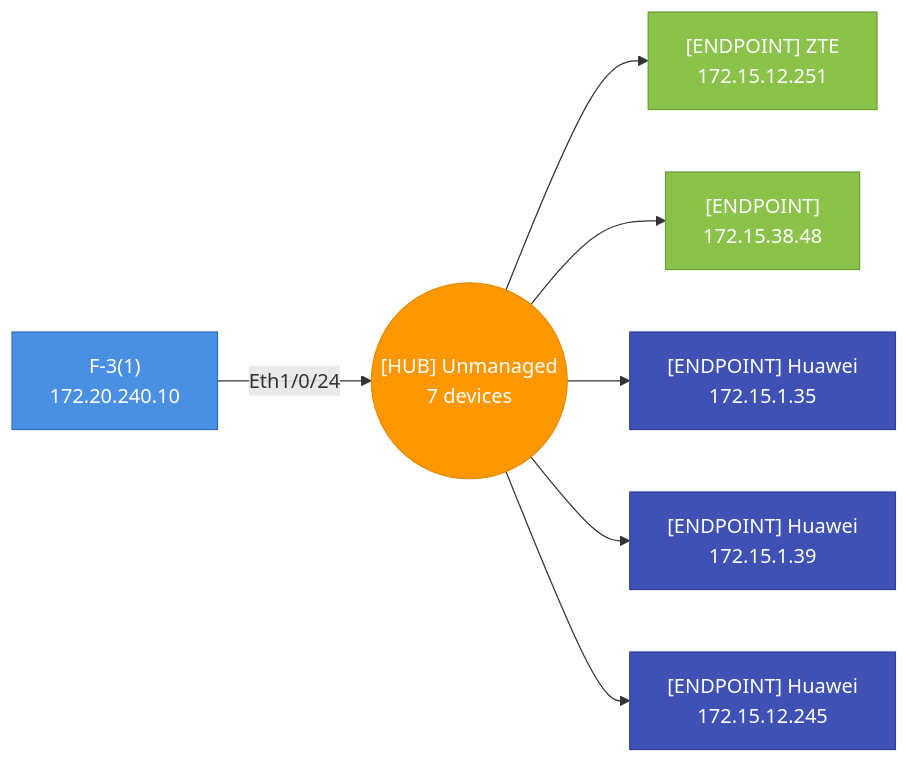
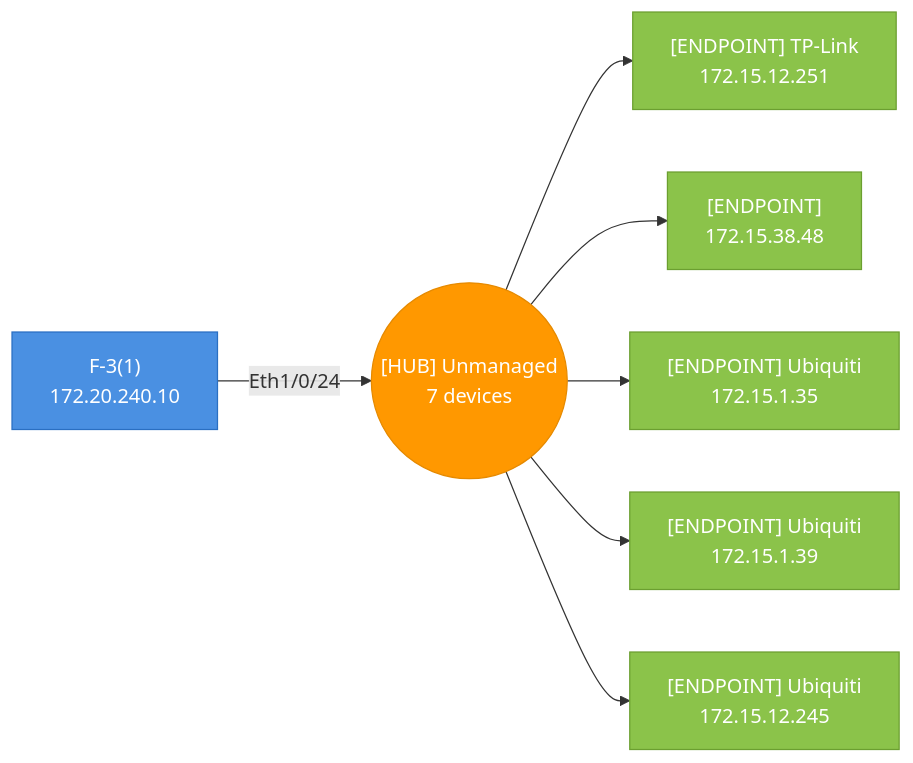
One commit to djamic/LLDP-Skanner-Go changed diagram 26 of 38 in testdata/golden/audit_default.md. Above: the diagram before and after it, drawn with Mermaid. The commit also changed other lines of this file and 11 other files, not shown here.

````diff
--- a/testdata/golden/audit_default.md
+++ b/testdata/golden/audit_default.md
@@ -1944,23 +1884,23 @@
 ```mermaid
 graph LR
   hub_f8f0827cf958_p24(("[HUB] Unmanaged<br>7 devices"))
   f8f0827cf958["F-3(1)<br>172.20.240.10"]
   f8f0827cf958-- "Eth1/0/24" -->hub_f8f0827cf958_p24
   style f8f0827cf958 fill:#4A90E2,stroke:#2A6FC2,color:#fff
-  54af9782f4c5["[ENDPOINT] ZTE<br>172.15.12.251"]
+  54af9782f4c5["[ENDPOINT] TP-Link<br>172.15.12.251"]
   hub_f8f0827cf958_p24-->54af9782f4c5
   style 54af9782f4c5 fill:#8BC34A,stroke:#6B9F30,color:#fff
   5e3df11768dc["[ENDPOINT]<br>172.15.38.48"]
   hub_f8f0827cf958_p24-->5e3df11768dc
   style 5e3df11768dc fill:#8BC34A,stroke:#6B9F30,color:#fff
-  7845587c85bc["[ENDPOINT] Huawei<br>172.15.1.35"]
+  7845587c85bc["[ENDPOINT] Ubiquiti<br>172.15.1.35"]
   hub_f8f0827cf958_p24-->7845587c85bc
-  style 7845587c85bc fill:#3F51B5,stroke:#303F9F,color:#fff
-  7845587c85d5["[ENDPOINT] Huawei<br>172.15.1.39"]
+  style 7845587c85bc fill:#8BC34A,stroke:#6B9F30,color:#fff
+  7845587c85d5["[ENDPOINT] Ubiquiti<br>172.15.1.39"]
   hub_f8f0827cf958_p24-->7845587c85d5
-  style 7845587c85d5 fill:#3F51B5,stroke:#303F9F,color:#fff
-  7845587c87c8["[ENDPOINT] Huawei<br>172.15.12.245"]
+  style 7845587c85d5 fill:#8BC34A,stroke:#6B9F30,color:#fff
+  7845587c87c8["[ENDPOINT] Ubiquiti<br>172.15.12.245"]
   hub_f8f0827cf958_p24-->7845587c87c8
-  style 7845587c87c8 fill:#3F51B5,stroke:#303F9F,color:#fff
+  style 7845587c87c8 fill:#8BC34A,stroke:#6B9F30,color:#fff
   style hub_f8f0827cf958_p24 fill:#FF9800,stroke:#E68A00,color:#fff
 ```
````
